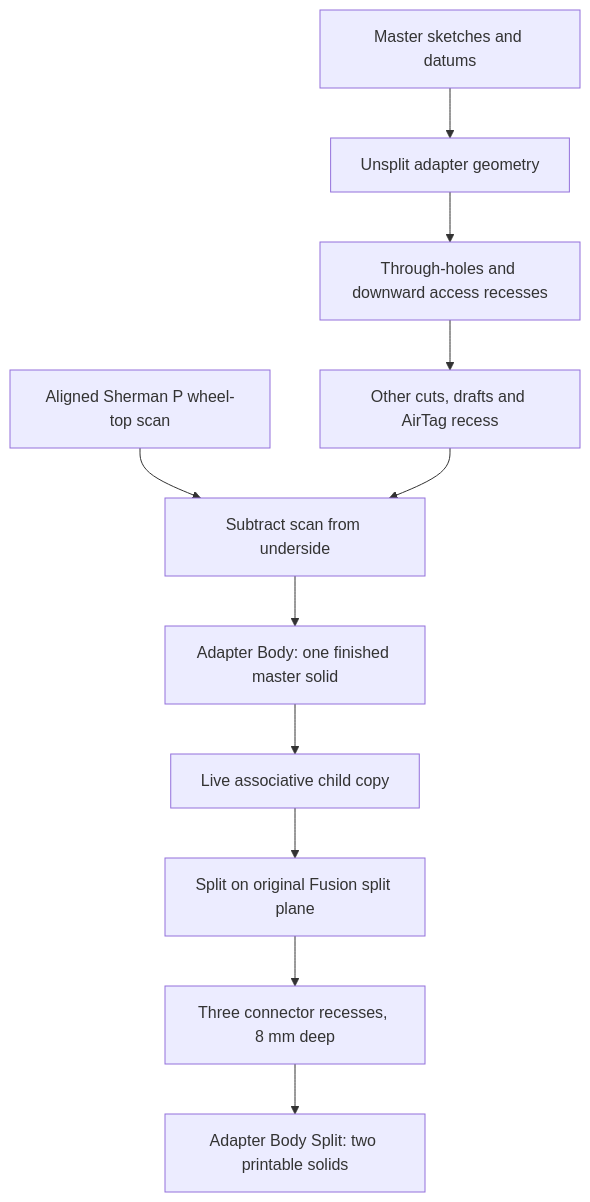
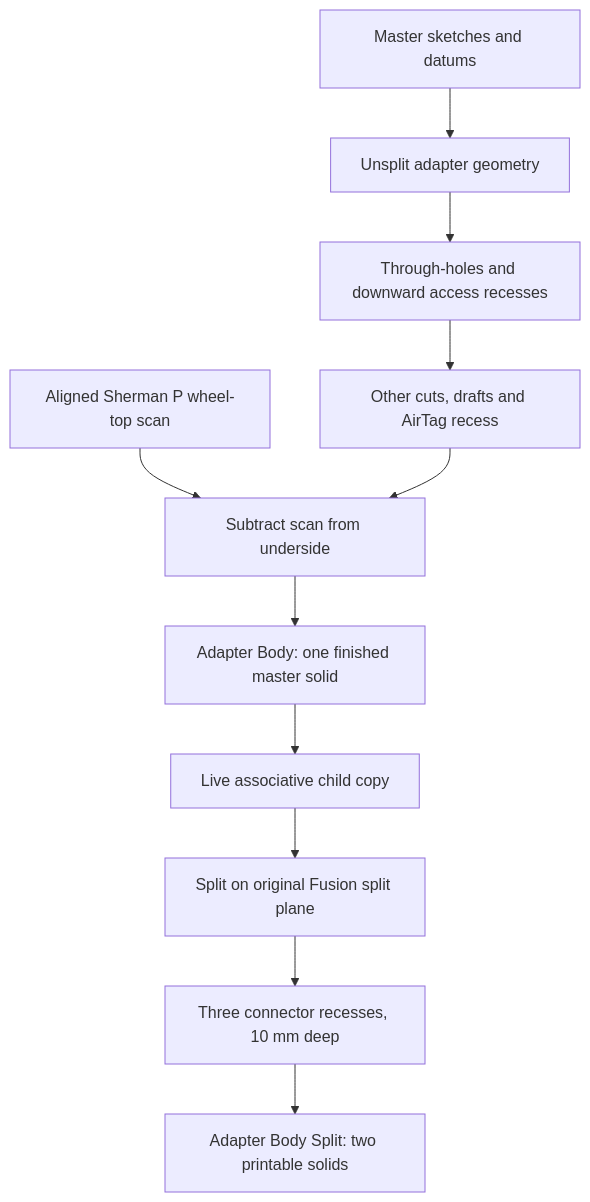
The diagram in docs/CAD-REBUILD.md (theosherman/SurronSeatAdapter), drawn with Mermaid before and after one commit. The commit also changed other lines of this file and 15 other files, not shown here.

Commit message:
Deepen split connector pockets to 10 mm

````diff
--- a/docs/CAD-REBUILD.md
+++ b/docs/CAD-REBUILD.md
@@ -15,13 +15,13 @@
 ```mermaid
 flowchart TD
   sketches[Master sketches and datums] --> master[Unsplit adapter geometry]
   master --> holes[Through-holes and downward access recesses]
   holes --> finished[Other cuts, drafts and AirTag recess]
   scan[Aligned Sherman P wheel-top scan] --> imprint[Subtract scan from underside]
   finished --> imprint
   imprint --> parent[Adapter Body: one finished master solid]
   parent --> derived[Live associative child copy]
   derived --> split[Split on original Fusion split plane]
-  split --> connectors[Three connector recesses, 8 mm deep]
+  split --> connectors[Three connector recesses, 10 mm deep]
   connectors --> child[Adapter Body Split: two printable solids]
 ```
````
